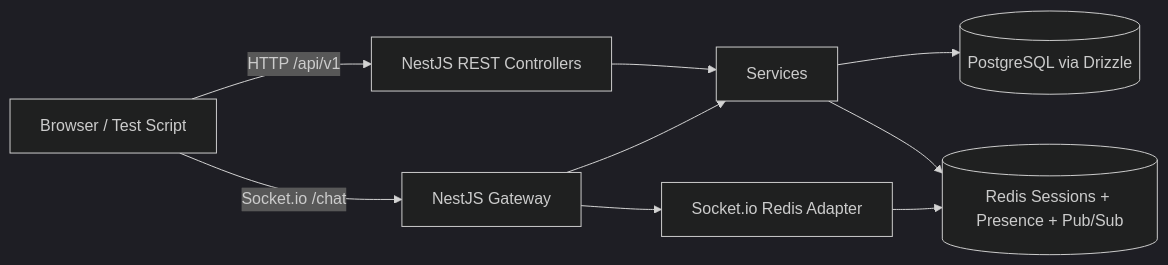
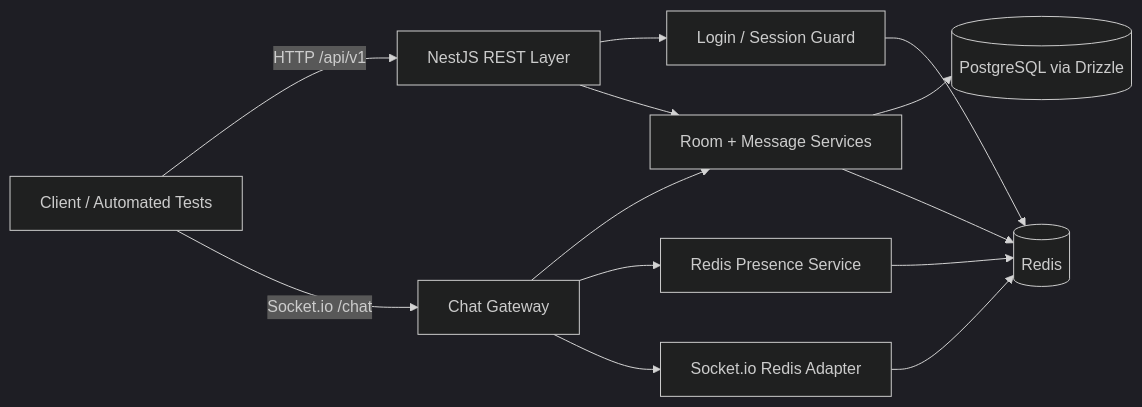
Before and after one commit to gazi275/Anonymous-Chat-API: the diagram in ARCHITECTURE.md, drawn with Mermaid (dark theme). The commit also changed other lines of this file and 1 other file, not shown here.

Commit message:
Refactor Redis socket registration to use multi-exec for atomic updates and simplify active user count logic

````diff
--- a/ARCHITECTURE.md
+++ b/ARCHITECTURE.md
@@ -3,11 +3,17 @@
 ```mermaid
 flowchart LR
-  Client[Browser / Test Script] -->|HTTP /api/v1| API[NestJS REST Controllers]
-  Client -->|Socket.io /chat| WS[NestJS Gateway]
-  API --> SVC[Services]
-  WS --> SVC
-  SVC --> DB[(PostgreSQL via Drizzle)]
-  SVC --> R[(Redis Sessions + Presence + Pub/Sub)]
-  WS --> ADAPTER[Socket.io Redis Adapter]
-  ADAPTER --> R
+  Client[Client / Automated Tests] -->|HTTP /api/v1| API[NestJS REST Layer]
+  Client -->|Socket.io /chat| WS[Chat Gateway]
+
+  API --> Auth[Login / Session Guard]
+  API --> Rooms[Room + Message Services]
+  WS --> Rooms
+  WS --> Presence[Redis Presence Service]
+
+  Auth --> R[(Redis)]
+  Presence --> R
+  Rooms --> DB[(PostgreSQL via Drizzle)]
+  Rooms --> R
+  WS --> Adapter[Socket.io Redis Adapter]
+  Adapter --> R
 ```
````
